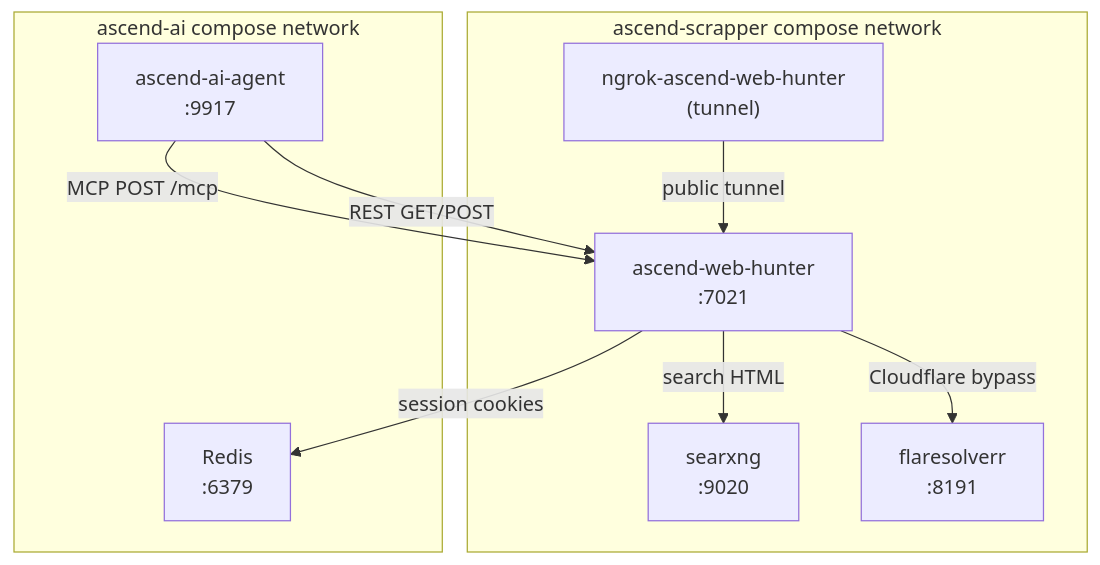
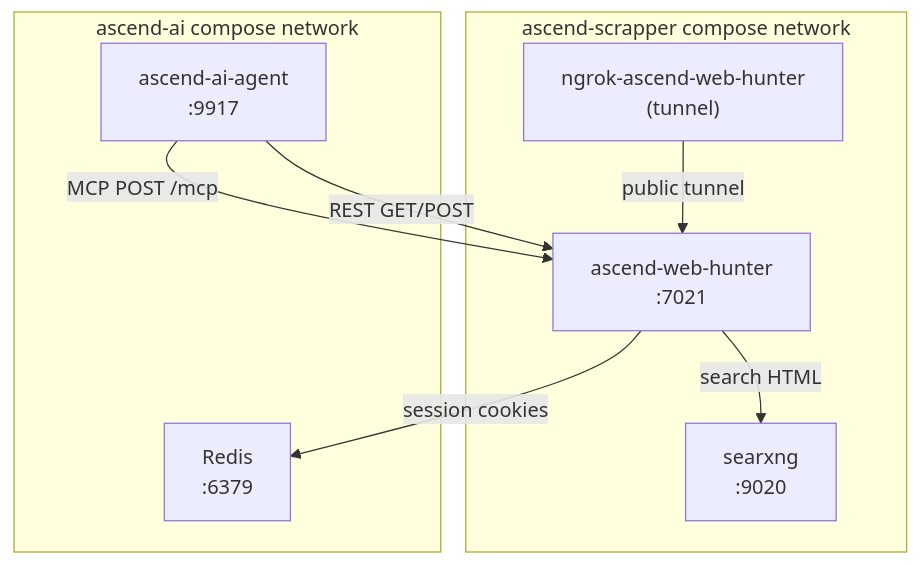
Before and after one commit to Lukk17/AscendAI: the diagram in apps/ascend-web-hunter/docs/architecture/arc42/07-deployment-view.md, drawn with Mermaid. The commit also changed other lines of this file and 84 other files, not shown here.

Commit message:
feat(web-hunter): remove the FlareSolverr tier

````diff
--- a/apps/ascend-web-hunter/docs/architecture/arc42/07-deployment-view.md
+++ b/apps/ascend-web-hunter/docs/architecture/arc42/07-deployment-view.md
@@ -13,21 +13,19 @@
 ```mermaid
 graph TB
     subgraph "ascend-scrapper compose network"
         WebHunter["ascend-web-hunter<br/>:7021"]
         SearXNG["searxng<br/>:9020"]
-        FlareSolverr["flaresolverr<br/>:8191"]
         Ngrok["ngrok-ascend-web-hunter<br/>(tunnel)"]
     end
 
     subgraph "ascend-ai compose network"
         Agent["ascend-ai-agent<br/>:9917"]
         Redis["Redis<br/>:6379"]
     end
 
     Agent -->|"MCP POST /mcp"| WebHunter
     Agent -->|"REST GET/POST"| WebHunter
     WebHunter -->|"search HTML"| SearXNG
-    WebHunter -->|"Cloudflare bypass"| FlareSolverr
     WebHunter -->|"session cookies"| Redis
     Ngrok -->|"public tunnel"| WebHunter
 ```
````
